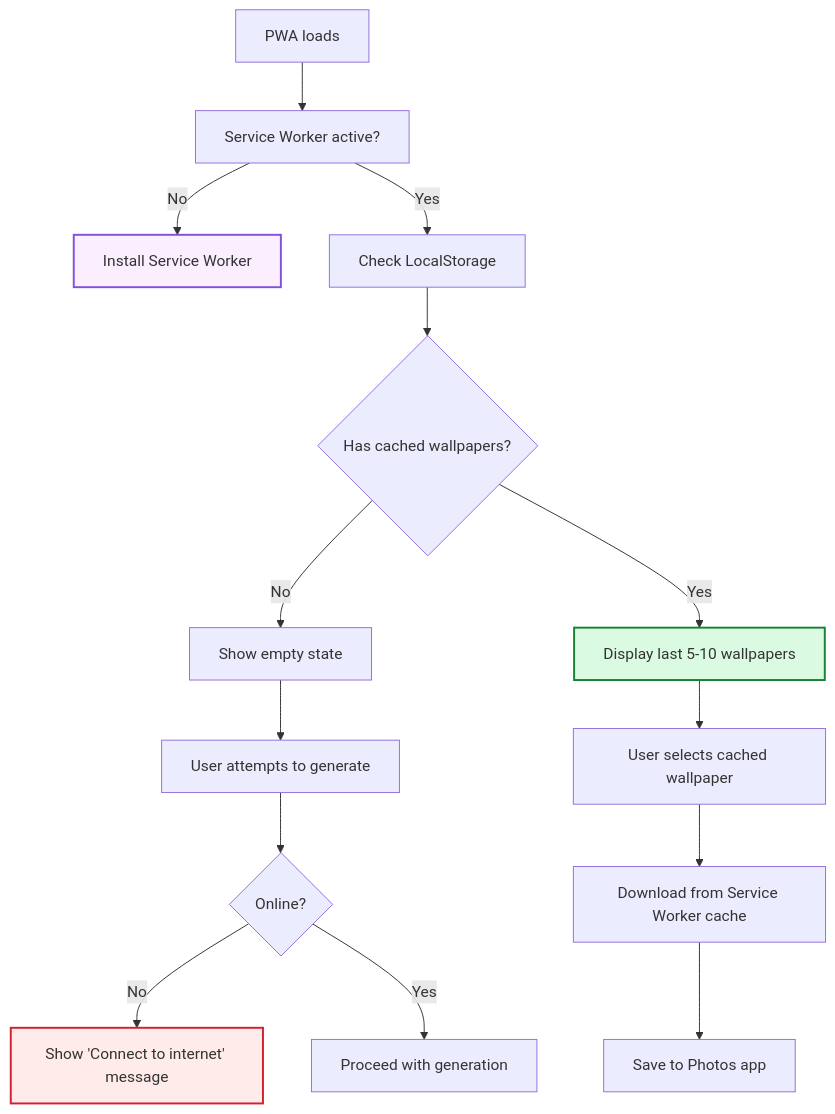
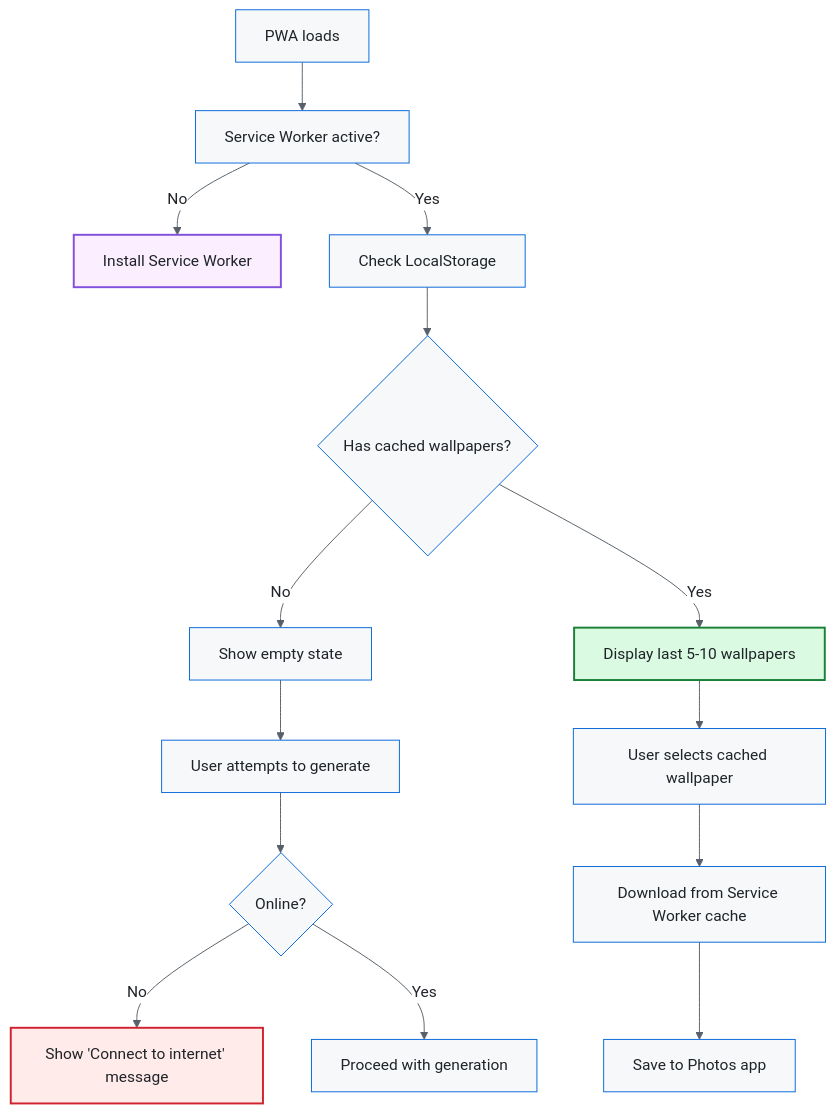
One commit to fabioc-aloha/ai-wallpaper-generator changed the fourth of 5 diagrams in ARCHITECTURE.md. Above: the diagram before and after it, drawn with Mermaid. The commit also changed other lines of this file and 2 other files, not shown here.

First line of the commit message:
Polish Mermaid diagrams with GitHub Primer theme

````diff
--- a/ARCHITECTURE.md
+++ b/ARCHITECTURE.md
@@ -562,21 +577,26 @@
 ```mermaid
+%%{init: {'theme':'base', 'themeVariables': {'primaryColor':'#ddf4ff','primaryTextColor':'#1f2328','primaryBorderColor':'#0969DA','lineColor':'#57606a','secondaryColor':'#fbefff','tertiaryColor':'#dafbe1','background':'#ffffff','mainBkg':'#f6f8fa','edgeLabelBackground':'#ffffff','nodeTextColor':'#1f2328'}}}%%
 flowchart TD
     A[PWA loads] --> B[Service Worker active?]
     B -->|No| C[Install Service Worker]
     B -->|Yes| D[Check LocalStorage]
     D --> E{Has cached wallpapers?}
     E -->|No| F[Show empty state]
     E -->|Yes| G[Display last 5-10 wallpapers]
     G --> H[User selects cached wallpaper]
     H --> I[Download from Service Worker cache]
     I --> J[Save to Photos app]
 
     F --> K[User attempts to generate]
     K --> L{Online?}
     L -->|No| M[Show 'Connect to internet' message]
     L -->|Yes| N[Proceed with generation]
 
-    style C fill:#fbefff,stroke:#8250df,stroke-width:2px
-    style G fill:#dafbe1,stroke:#1a7f37,stroke-width:2px
-    style M fill:#ffebe9,stroke:#cf222e,stroke-width:2px
+    classDef installStyle fill:#fbefff,stroke:#8250df,stroke-width:2px,color:#1f2328
+    classDef successStyle fill:#dafbe1,stroke:#1a7f37,stroke-width:2px,color:#1f2328
+    classDef errorStyle fill:#ffebe9,stroke:#cf222e,stroke-width:2px,color:#1f2328
+
+    class C installStyle
+    class G successStyle
+    class M errorStyle
 ```
````
